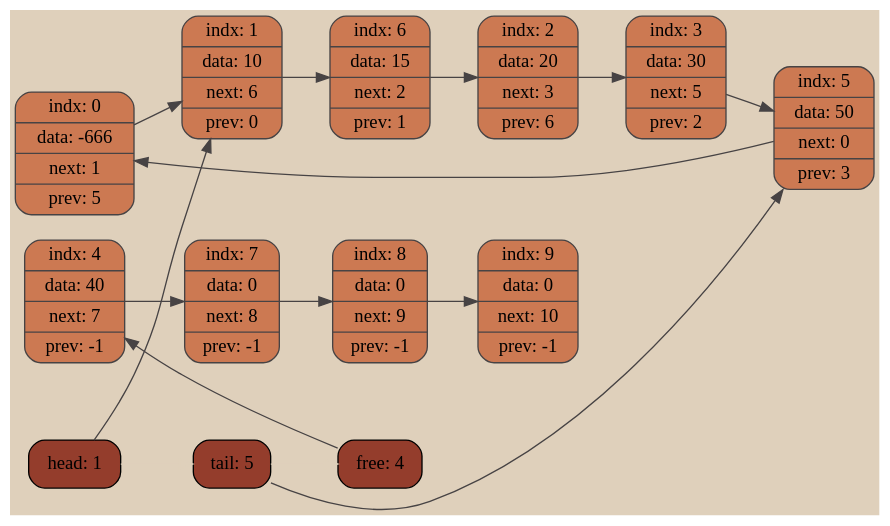
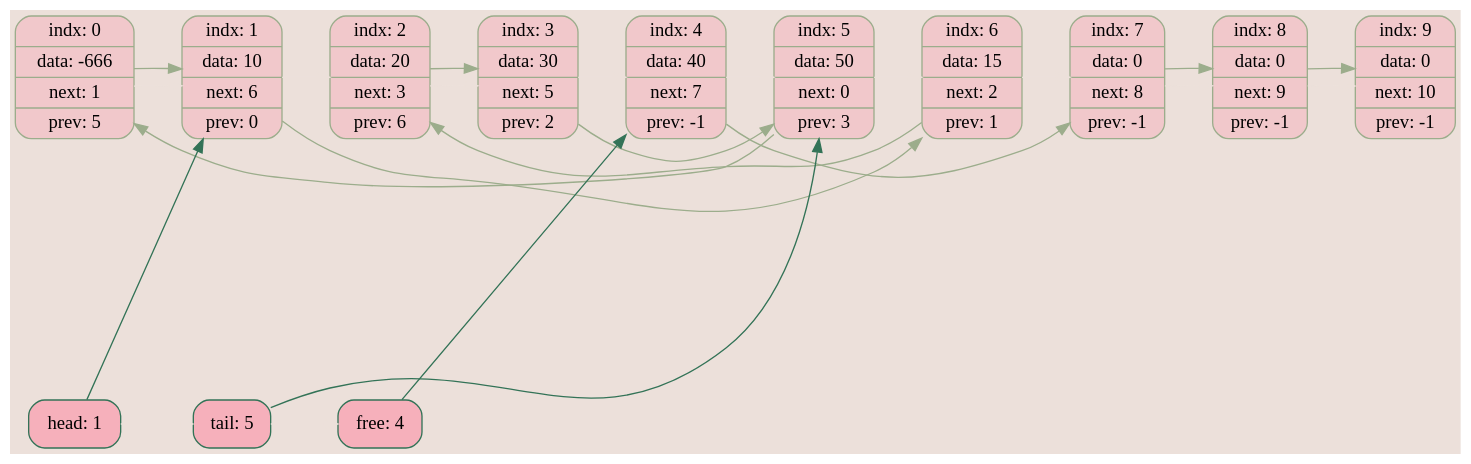
Before and after one commit to ksshkh/list: the diagram in debug/list.dot, drawn with Graphviz. The commit also changed 7 other files, not shown here.

```diff
--- a/debug/list.dot
+++ b/debug/list.dot
@@ -1,25 +1,36 @@
 digraph List{
 	rankdir = LR;
 	node [shape = record];
-	edge[color = "#474344"];
-	bgcolor = "#DFD0BB";
-	0 [color = "#474344", shape = Mrecord, style = filled, fillcolor = "#CC7952", label = "indx: 0 | data: -666 | next: 1 | prev: 5"];
-	1 [color = "#474344", shape = Mrecord, style = filled, fillcolor = "#CC7952", label = "indx: 1 | data: 10 | next: 6 | prev: 0"];
-	2 [color = "#474344", shape = Mrecord, style = filled, fillcolor = "#CC7952", label = "indx: 2 | data: 20 | next: 3 | prev: 6"];
-	3 [color = "#474344", shape = Mrecord, style = filled, fillcolor = "#CC7952", label = "indx: 3 | data: 30 | next: 5 | prev: 2"];
-	4 [color = "#474344", shape = Mrecord, style = filled, fillcolor = "#CC7952", label = "indx: 4 | data: 40 | next: 7 | prev: -1"];
-	5 [color = "#474344", shape = Mrecord, style = filled, fillcolor = "#CC7952", label = "indx: 5 | data: 50 | next: 0 | prev: 3"];
-	6 [color = "#474344", shape = Mrecord, style = filled, fillcolor = "#CC7952", label = "indx: 6 | data: 15 | next: 2 | prev: 1"];
-	7 [color = "#474344", shape = Mrecord, style = filled, fillcolor = "#CC7952", label = "indx: 7 | data: 0 | next: 8 | prev: -1"];
-	8 [color = "#474344", shape = Mrecord, style = filled, fillcolor = "#CC7952", label = "indx: 8 | data: 0 | next: 9 | prev: -1"];
-	9 [color = "#474344", shape = Mrecord, style = filled, fillcolor = "#CC7952", label = "indx: 9 | data: 0 | next: 10 | prev: -1"];
-	0 -> 1	1 -> 6	6 -> 2	2 -> 3	3 -> 5	5 -> 0
-	4 -> 7	7 -> 8	8 -> 9
-	head [shape = Mrecord, style = filled, fillcolor = "#943D2C", label = "head: 1"];
-	tail [shape = Mrecord, style = filled, fillcolor = "#943D2C", label = "tail: 5"];
-	free [shape = Mrecord, style = filled, fillcolor = "#943D2C", label = "free: 4"];
-	head -> tail -> free [weight = 100, color = "#DFD0BB"];
-	head -> 1 [color = "#474344", constraint = false];
-	tail -> 5 [color = "#474344", constraint = false];
-	free -> 4 [color = "#474344", constraint = false];
+	edge[color = "#9CAD8C"];
+	bgcolor = "#ECE0DA";
+	0 [color = "#9CAD8C", shape = Mrecord, style = filled, fillcolor = "#F1C8CB", label = "indx: 0 | data: -666 | next: 1 | prev: 5"];
+	1 [color = "#9CAD8C", shape = Mrecord, style = filled, fillcolor = "#F1C8CB", label = "indx: 1 | data: 10 | next: 6 | prev: 0"];
+	2 [color = "#9CAD8C", shape = Mrecord, style = filled, fillcolor = "#F1C8CB", label = "indx: 2 | data: 20 | next: 3 | prev: 6"];
+	3 [color = "#9CAD8C", shape = Mrecord, style = filled, fillcolor = "#F1C8CB", label = "indx: 3 | data: 30 | next: 5 | prev: 2"];
+	4 [color = "#9CAD8C", shape = Mrecord, style = filled, fillcolor = "#F1C8CB", label = "indx: 4 | data: 40 | next: 7 | prev: -1"];
+	5 [color = "#9CAD8C", shape = Mrecord, style = filled, fillcolor = "#F1C8CB", label = "indx: 5 | data: 50 | next: 0 | prev: 3"];
+	6 [color = "#9CAD8C", shape = Mrecord, style = filled, fillcolor = "#F1C8CB", label = "indx: 6 | data: 15 | next: 2 | prev: 1"];
+	7 [color = "#9CAD8C", shape = Mrecord, style = filled, fillcolor = "#F1C8CB", label = "indx: 7 | data: 0 | next: 8 | prev: -1"];
+	8 [color = "#9CAD8C", shape = Mrecord, style = filled, fillcolor = "#F1C8CB", label = "indx: 8 | data: 0 | next: 9 | prev: -1"];
+	9 [color = "#9CAD8C", shape = Mrecord, style = filled, fillcolor = "#F1C8CB", label = "indx: 9 | data: 0 | next: 10 | prev: -1"];
+
+	0 -> 1 -> 2 -> 3 -> 4 -> 5 -> 6 -> 7 -> 8 -> 9 [weight = 100, color = "#ECE0DA"];
+	0 -> 1 [constraint = false];
+	1 -> 6 [constraint = false];
+	6 -> 2 [constraint = false];
+	2 -> 3 [constraint = false];
+	3 -> 5 [constraint = false];
+	5 -> 0 [constraint = false];
+
+	4 -> 7 [constraint = false];
+	7 -> 8 [constraint = false];
+	8 -> 9 [constraint = false];
+
+	head [color = "#337357", shape = Mrecord, style = filled, fillcolor = "#F6B0BB", label = "head: 1"];
+	tail [color = "#337357", shape = Mrecord, style = filled, fillcolor = "#F6B0BB", label = "tail: 5"];
+	free [color = "#337357", shape = Mrecord, style = filled, fillcolor = "#F6B0BB", label = "free: 4"];
+	head -> tail -> free [weight = 100, color = "#ECE0DA"];
+	head -> 1 [color = "#337357", constraint = false];
+	tail -> 5 [color = "#337357", constraint = false];
+	free -> 4 [color = "#337357", constraint = false];
 }
```
